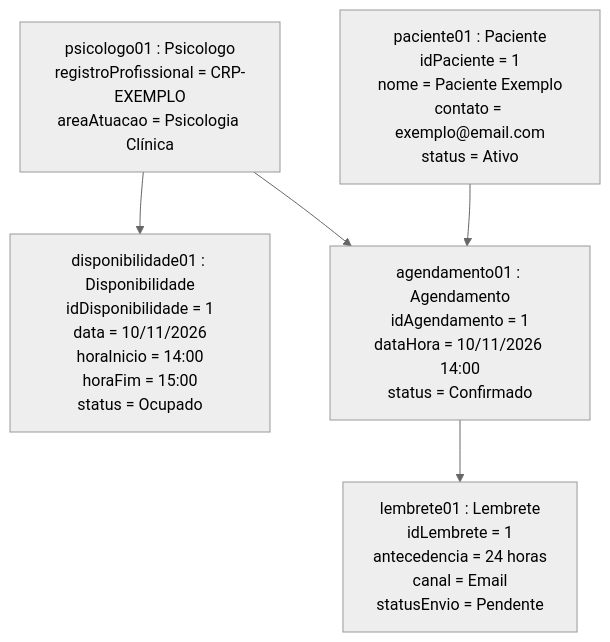
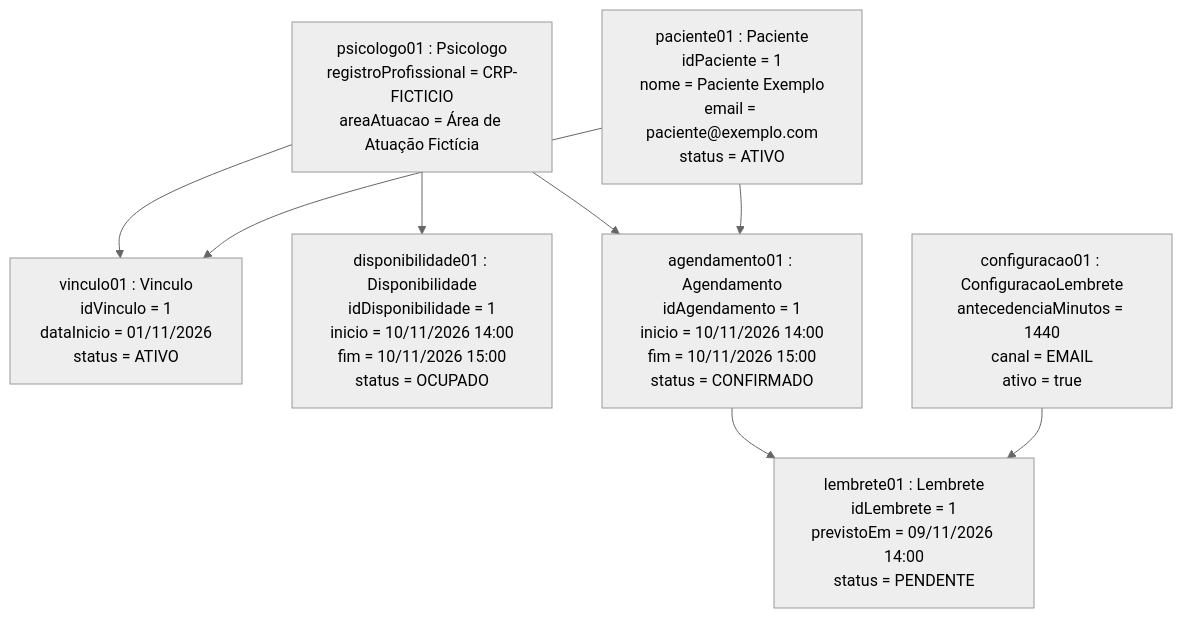
The fourth of 14 diagrams in README.md (Icaro230307/AV3-PsiConnect), drawn with Mermaid (neutral theme) before and after one commit. The commit also changed other lines of this file, not shown here.

````diff
--- a/README.md
+++ b/README.md
@@ -194,17 +364,24 @@
 ```mermaid
 flowchart TB
-    P["psicologo01 : Psicologo<br/>registroProfissional = CRP-EXEMPLO<br/>areaAtuacao = Psicologia Clínica"]
+    P["psicologo01 : Psicologo<br/>registroProfissional = CRP-FICTICIO<br/>areaAtuacao = Área de Atuação Fictícia"]
 
-    PAC["paciente01 : Paciente<br/>idPaciente = 1<br/>nome = Paciente Exemplo<br/>contato = exemplo@email.com<br/>status = Ativo"]
+    PAC["paciente01 : Paciente<br/>idPaciente = 1<br/>nome = Paciente Exemplo<br/>email = paciente@exemplo.com<br/>status = ATIVO"]
 
-    D["disponibilidade01 : Disponibilidade<br/>idDisponibilidade = 1<br/>data = 10/11/2026<br/>horaInicio = 14:00<br/>horaFim = 15:00<br/>status = Ocupado"]
+    V["vinculo01 : Vinculo<br/>idVinculo = 1<br/>dataInicio = 01/11/2026<br/>status = ATIVO"]
 
-    A["agendamento01 : Agendamento<br/>idAgendamento = 1<br/>dataHora = 10/11/2026 14:00<br/>status = Confirmado"]
+    D["disponibilidade01 : Disponibilidade<br/>idDisponibilidade = 1<br/>inicio = 10/11/2026 14:00<br/>fim = 10/11/2026 15:00<br/>status = OCUPADO"]
 
-    L["lembrete01 : Lembrete<br/>idLembrete = 1<br/>antecedencia = 24 horas<br/>canal = Email<br/>statusEnvio = Pendente"]
+    A["agendamento01 : Agendamento<br/>idAgendamento = 1<br/>inicio = 10/11/2026 14:00<br/>fim = 10/11/2026 15:00<br/>status = CONFIRMADO"]
 
+    C["configuracao01 : ConfiguracaoLembrete<br/>antecedenciaMinutos = 1440<br/>canal = EMAIL<br/>ativo = true"]
+
+    L["lembrete01 : Lembrete<br/>idLembrete = 1<br/>previstoEm = 09/11/2026 14:00<br/>status = PENDENTE"]
+
+    P --> V
+    PAC --> V
     P --> D
     P --> A
     PAC --> A
     A --> L
+    C --> L
 ```
````
